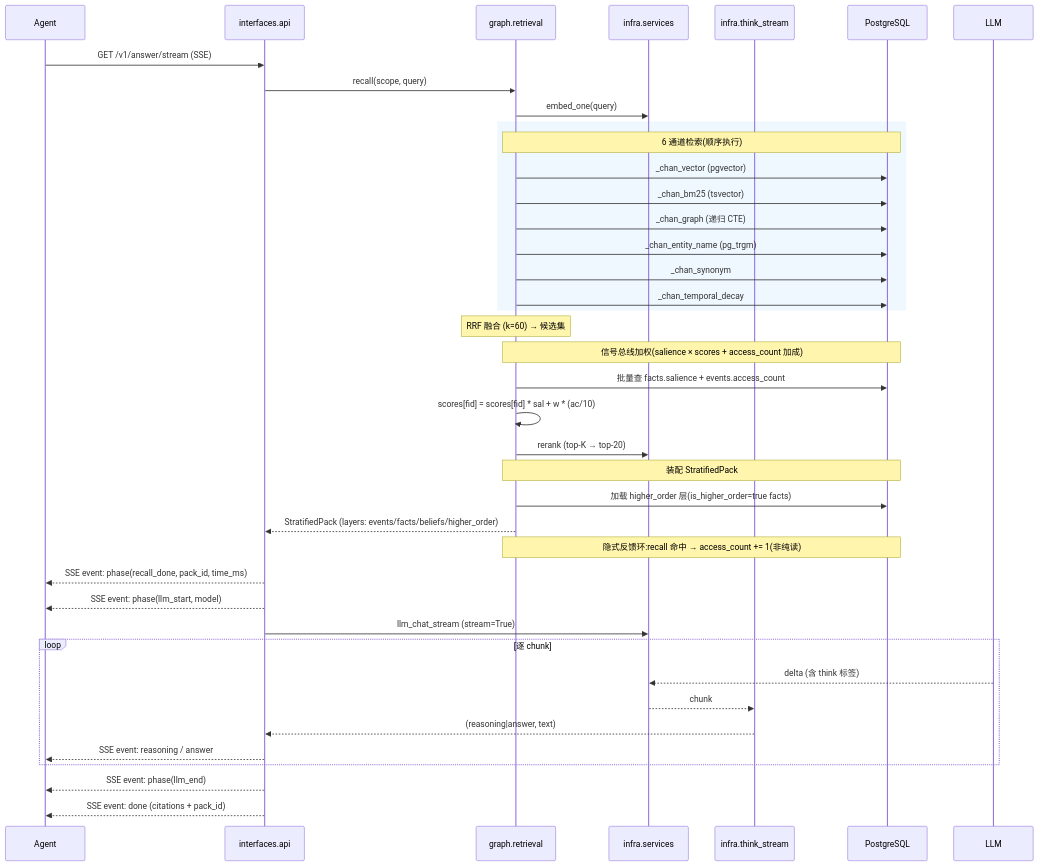
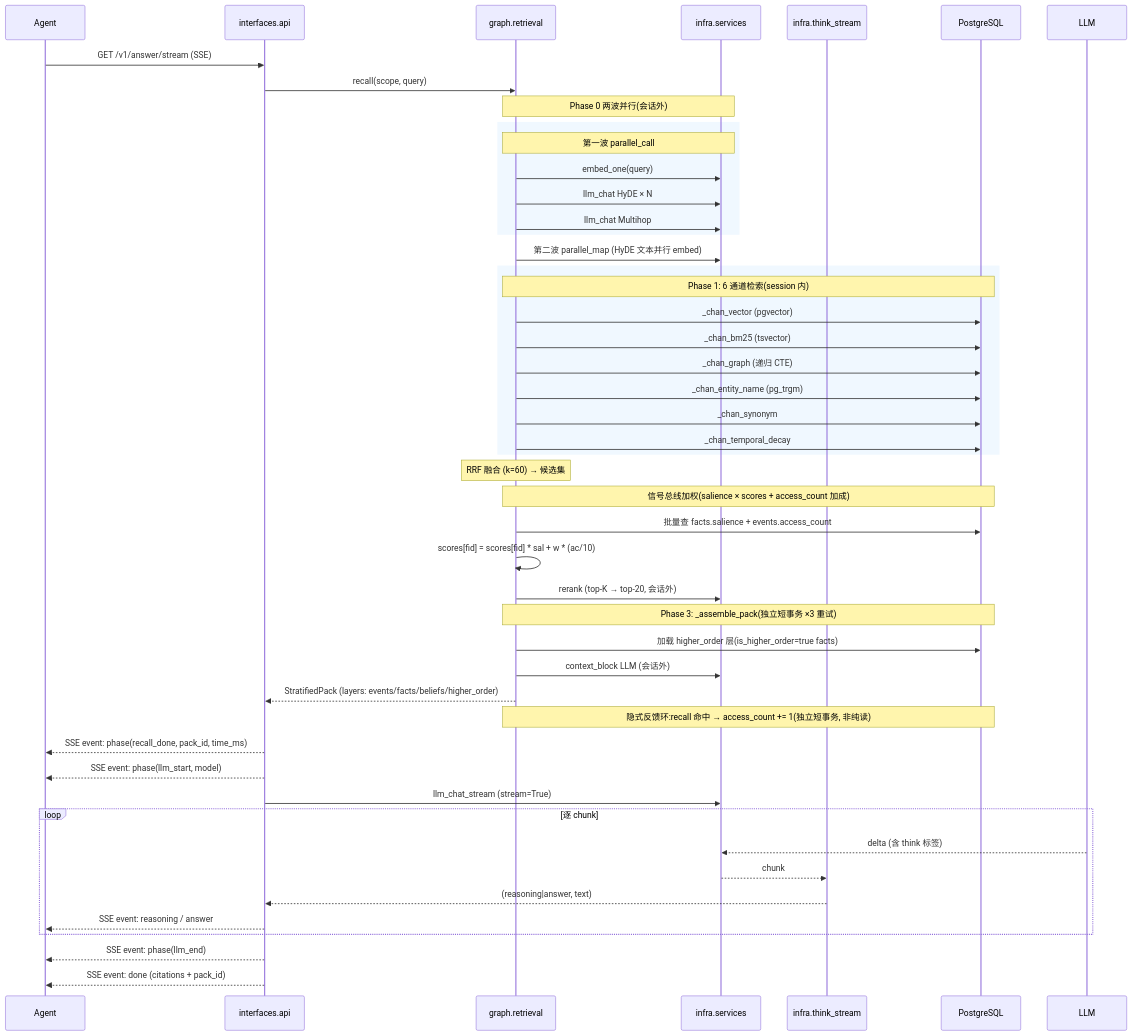
Before and after one commit to pty819/cortex-py-book: the eighth of 11 diagrams in source/chapters/23-architecture-diagrams.md, drawn with Mermaid. The commit also changed other lines of this file and 10 other files, not shown here.

````diff
--- a/source/chapters/23-architecture-diagrams.md
+++ b/source/chapters/23-architecture-diagrams.md
@@ -434,44 +438,52 @@
 ```{mermaid}
 sequenceDiagram
     participant A as Agent
     participant API as interfaces.api
     participant RET as graph.retrieval
     participant SVC as infra.services
     participant TS as infra.think_stream
     participant DB as PostgreSQL
     participant LLM as LLM
 
     A->>API: GET /v1/answer/stream (SSE)
     API->>RET: recall(scope, query)
-    RET->>SVC: embed_one(query)
+    Note over RET,SVC: Phase 0 两波并行(会话外)
     rect rgb(240,248,255)
-        Note over RET,DB: 6 通道检索(顺序执行)
+        Note over RET,SVC: 第一波 parallel_call
+        RET->>SVC: embed_one(query)
+        RET->>SVC: llm_chat HyDE × N
+        RET->>SVC: llm_chat Multihop
+    end
+    RET->>SVC: 第二波 parallel_map (HyDE 文本并行 embed)
+    rect rgb(240,248,255)
+        Note over RET,DB: Phase 1: 6 通道检索(session 内)
         RET->>DB: _chan_vector (pgvector)
         RET->>DB: _chan_bm25 (tsvector)
         RET->>DB: _chan_graph (递归 CTE)
         RET->>DB: _chan_entity_name (pg_trgm)
         RET->>DB: _chan_synonym
         RET->>DB: _chan_temporal_decay
     end
     Note over RET: RRF 融合 (k=60) → 候选集
     Note over RET,DB: 信号总线加权(salience × scores + access_count 加成)
     RET->>DB: 批量查 facts.salience + events.access_count
     RET->>RET: scores[fid] = scores[fid] * sal + w * (ac/10)
-    RET->>SVC: rerank (top-K → top-20)
-    Note over RET,DB: 装配 StratifiedPack
+    RET->>SVC: rerank (top-K → top-20, 会话外)
+    Note over RET,DB: Phase 3: _assemble_pack(独立短事务 ×3 重试)
     RET->>DB: 加载 higher_order 层(is_higher_order=true facts)
+    RET->>SVC: context_block LLM (会话外)
     RET-->>API: StratifiedPack (layers: events/facts/beliefs/higher_order)
-    Note over RET,DB: 隐式反馈环:recall 命中 → access_count += 1(非纯读)
+    Note over RET,DB: 隐式反馈环:recall 命中 → access_count += 1(独立短事务, 非纯读)
 
     API-->>A: SSE event: phase(recall_done, pack_id, time_ms)
     API-->>A: SSE event: phase(llm_start, model)
     API->>SVC: llm_chat_stream (stream=True)
     loop 逐 chunk
         LLM-->>SVC: delta (含 think 标签)
         SVC-->>TS: chunk
         TS-->>API: (reasoning|answer, text)
         API-->>A: SSE event: reasoning / answer
     end
     API-->>A: SSE event: phase(llm_end)
     API-->>A: SSE event: done (citations + pack_id)
 ```
````
